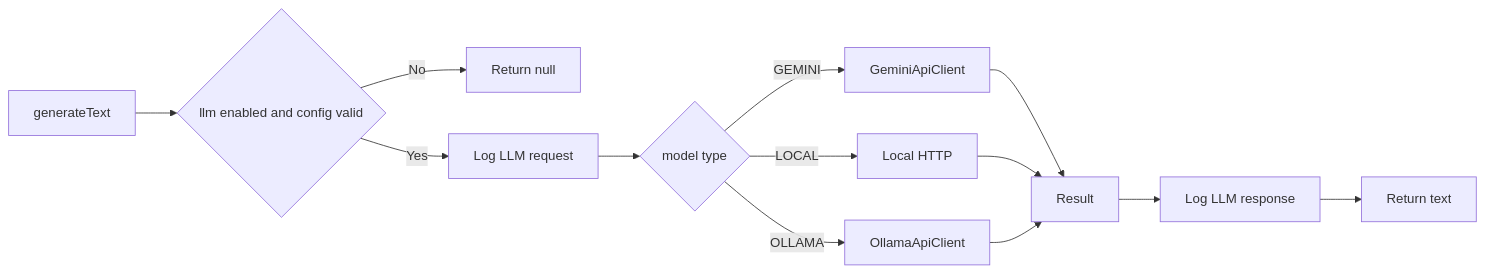
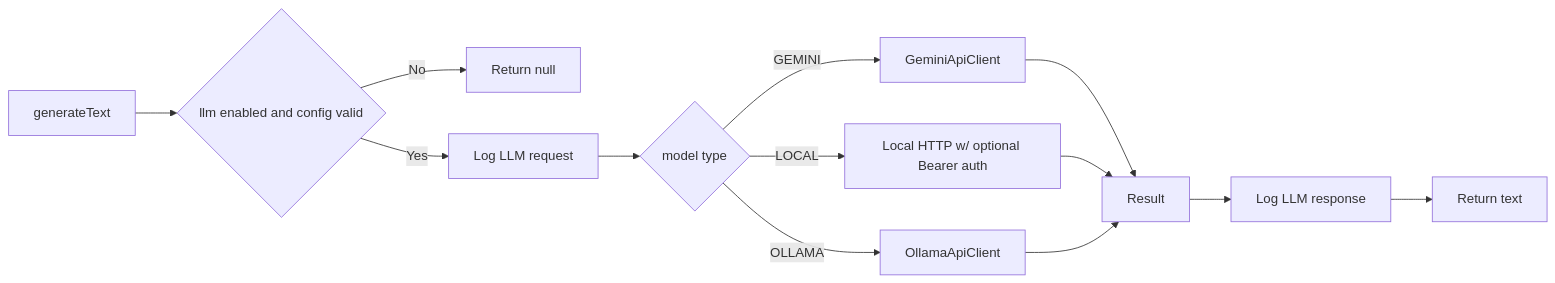
Diagram 17 of 23 in src/main/resources/My-Example/trainticket/flow.md (miaoti/Rest), drawn with Mermaid before and after one commit. The commit also changed other lines of this file and 213 other files, not shown here.

````diff
--- a/src/main/resources/My-Example/trainticket/flow.md
+++ b/src/main/resources/My-Example/trainticket/flow.md
@@ -804,15 +832,15 @@
 ```mermaid
 flowchart LR
     A[generateText] --> B{llm enabled and config valid}
     B -->|No| C[Return null]
     B -->|Yes| D[Log LLM request]
     D --> E{model type}
     E -- GEMINI --> F[GeminiApiClient]
-    E -- LOCAL --> G[Local HTTP]
+    E -- LOCAL --> G[Local HTTP w/ optional Bearer auth]
     E -- OLLAMA --> H[OllamaApiClient]
     F --> I
     G --> I
     H --> I[Result]
     I --> J[Log LLM response]
     J --> K[Return text]
 ```
````
